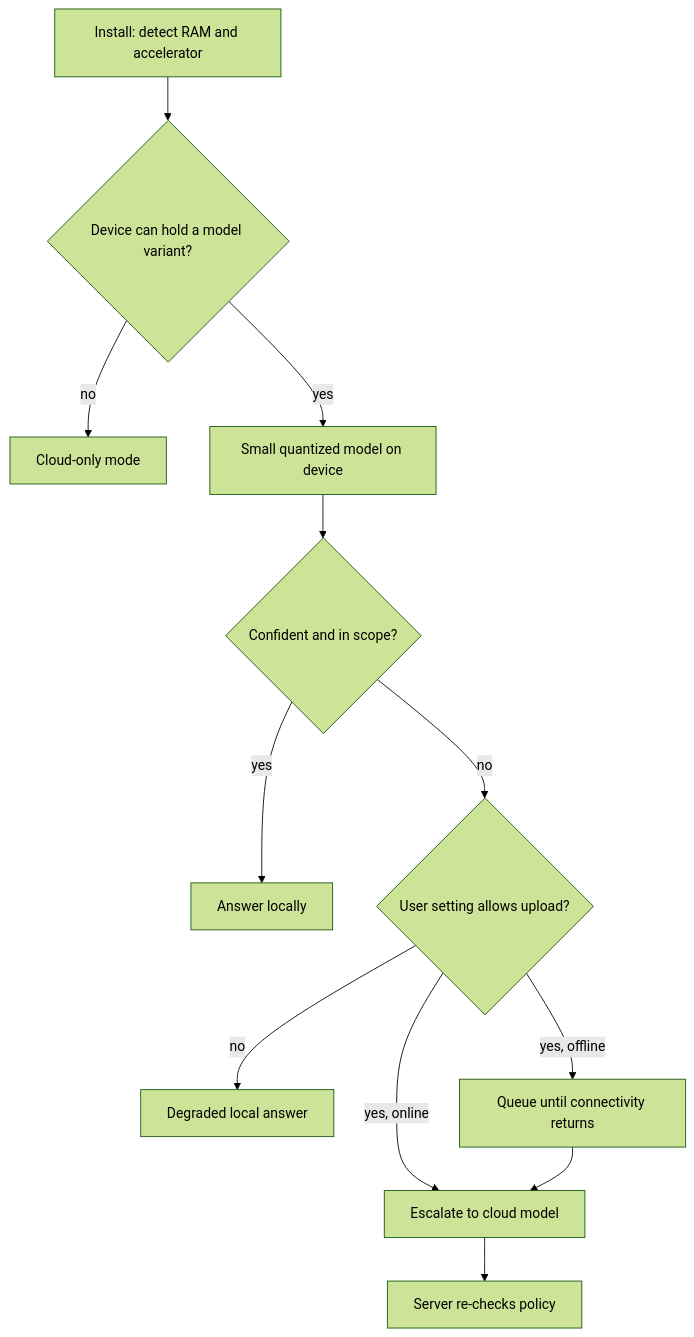
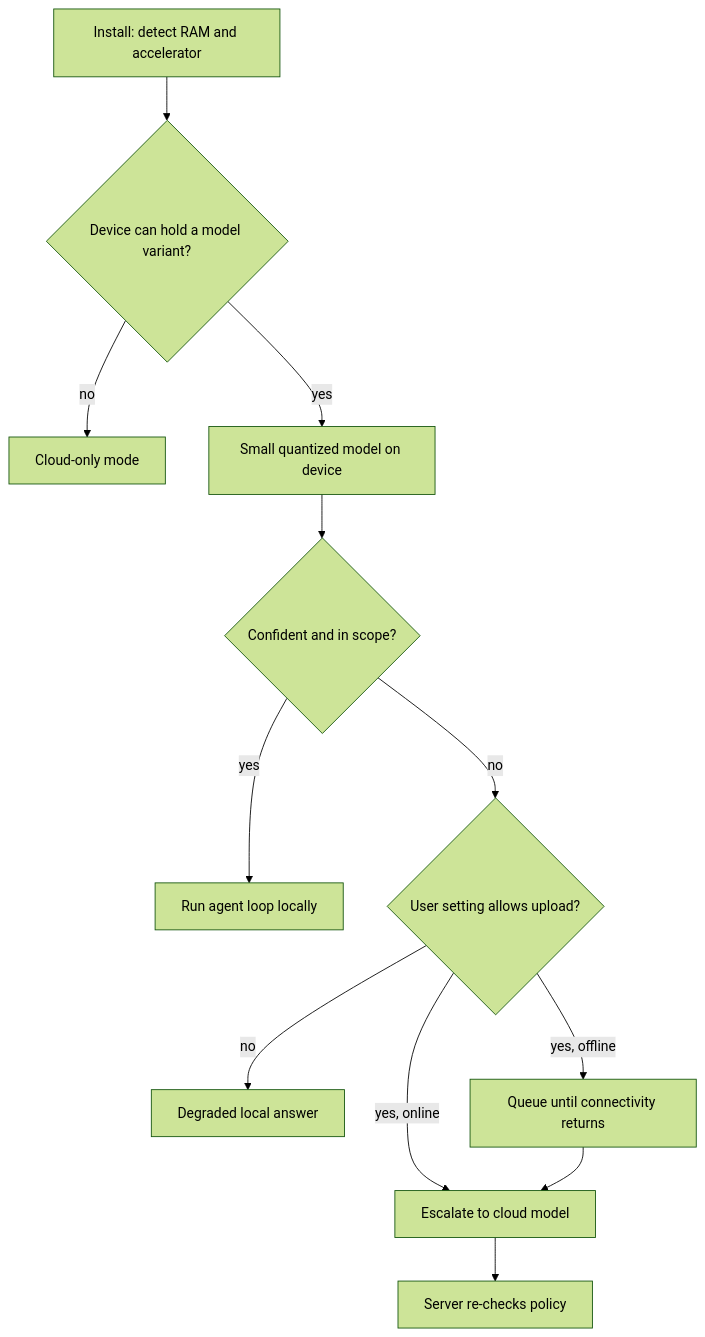
One commit to lovishmahajan97/agentic-learning changed the diagram in content/infra-capacity-economics/edge-ai-deployment.md. Above: the diagram before and after it, drawn with Mermaid (forest theme). The commit also changed other lines of this file and 485 other files, not shown here.

````diff
--- a/content/infra-capacity-economics/edge-ai-deployment.md
+++ b/content/infra-capacity-economics/edge-ai-deployment.md
@@ -137,14 +165,14 @@
 ```mermaid
 flowchart TD
     I["Install: detect RAM and accelerator"] --> V{"Device can hold a model variant?"}
     V -->|"no"| CO["Cloud-only mode"]
     V -->|"yes"| L["Small quantized model on device"]
     L --> C{"Confident and in scope?"}
-    C -->|"yes"| A["Answer locally"]
+    C -->|"yes"| A["Run agent loop locally"]
     C -->|"no"| P{"User setting allows upload?"}
     P -->|"no"| D["Degraded local answer"]
     P -->|"yes, offline"| Q["Queue until connectivity returns"]
     P -->|"yes, online"| E["Escalate to cloud model"]
     Q --> E
     E --> S["Server re-checks policy"]
 ```
````
